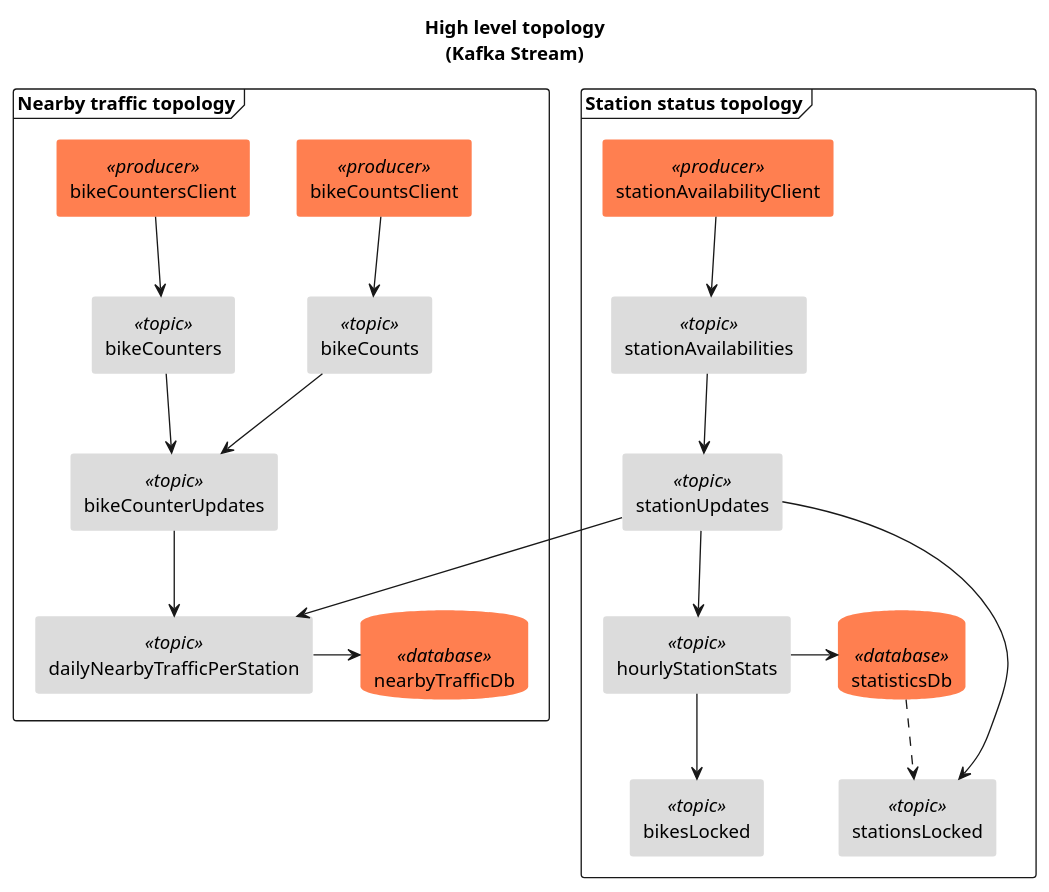
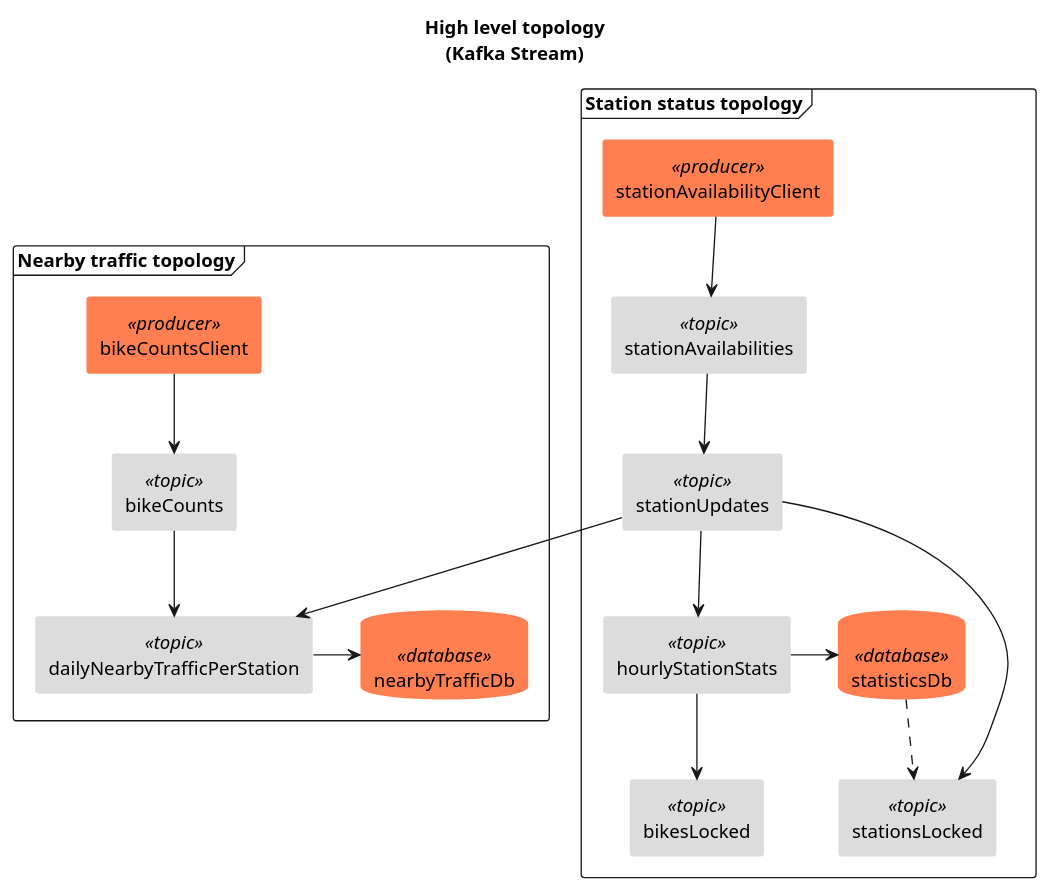
One commit to ouvreboite/velinfo_kafka_prototype changed the diagram in docs/plantuml/high_level_topology.pu. Above: the diagram before and after it, drawn with PlantUML. The commit also changed 16 other files, not shown here.

First line of the commit message:
refactor: bike counter characteristics are now included in the count API

```diff
--- a/docs/plantuml/high_level_topology.pu
+++ b/docs/plantuml/high_level_topology.pu
@@ -1,64 +1,58 @@
 @startuml
 title
 <b>High level topology</b>
 (Kafka Stream)
 end title
 
 
 frame "Station status topology"{
    rectangle stationAvailabilityClient <<producer>>
    rectangle stationAvailabilities <<topic>>
    rectangle stationUpdates <<topic>>
    rectangle hourlyStationStats<<topic>>
    rectangle stationsLocked <<topic>>
    rectangle bikesLocked <<topic>>
    database statisticsDb<<database>>
 }
 
 stationAvailabilityClient --> stationAvailabilities 
 stationAvailabilities --> stationUpdates
 stationUpdates --> hourlyStationStats
 hourlyStationStats--> bikesLocked
 hourlyStationStats-> statisticsDb
 stationUpdates --> stationsLocked
 statisticsDb ..> stationsLocked
 
 frame "Nearby traffic topology"{
    rectangle bikeCountsClient <<producer>>
-   rectangle bikeCountersClient <<producer>>
    rectangle bikeCounts <<topic>>
-   rectangle bikeCounters <<topic>>
-   rectangle bikeCounterUpdates <<topic>>
    rectangle dailyNearbyTrafficPerStation <<topic>>
    database nearbyTrafficDb<<database>>
 }
 
 bikeCountsClient --> bikeCounts 
-bikeCountersClient --> bikeCounters 
-bikeCounts --> bikeCounterUpdates 
-bikeCounters --> bikeCounterUpdates 
-bikeCounterUpdates --> dailyNearbyTrafficPerStation 
+bikeCounts --> dailyNearbyTrafficPerStation 
 stationUpdates --> dailyNearbyTrafficPerStation 
 dailyNearbyTrafficPerStation -> nearbyTrafficDb
 
 skinparam rectangle{
     backgroundColor<<topic>> Gainsboro
     backgroundColor<<stream>> Snow
     backgroundColor<<producer>> Coral
     backgroundColor<<consumer>> Coral
     borderColor<<topic>> transparent
     borderColor<<stream>> transparent
     borderColor<<producer>> transparent
     borderColor<<consumer>> transparent
 }
 
 skinparam database{ 
    backgroundColor<<database>> Coral
    borderColor transparent
 }
 
 skinparam{
    ArrowColor DeepSkyBlue
    shadowing false
 }
 @enduml
```
